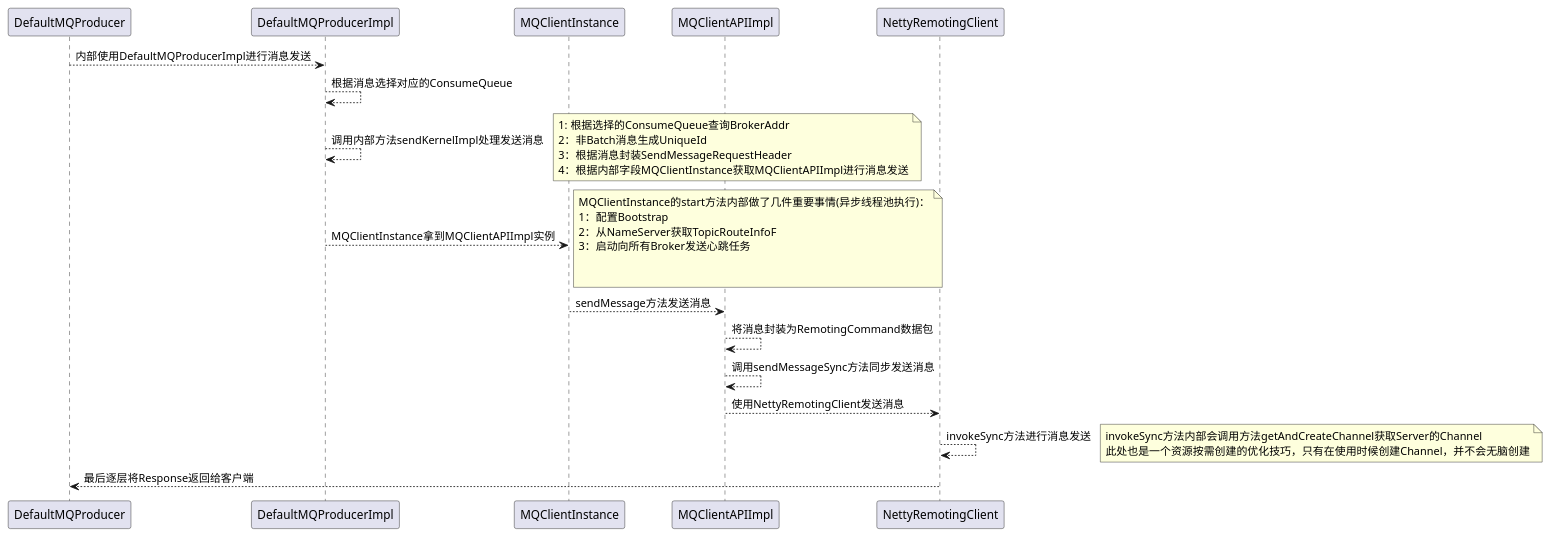
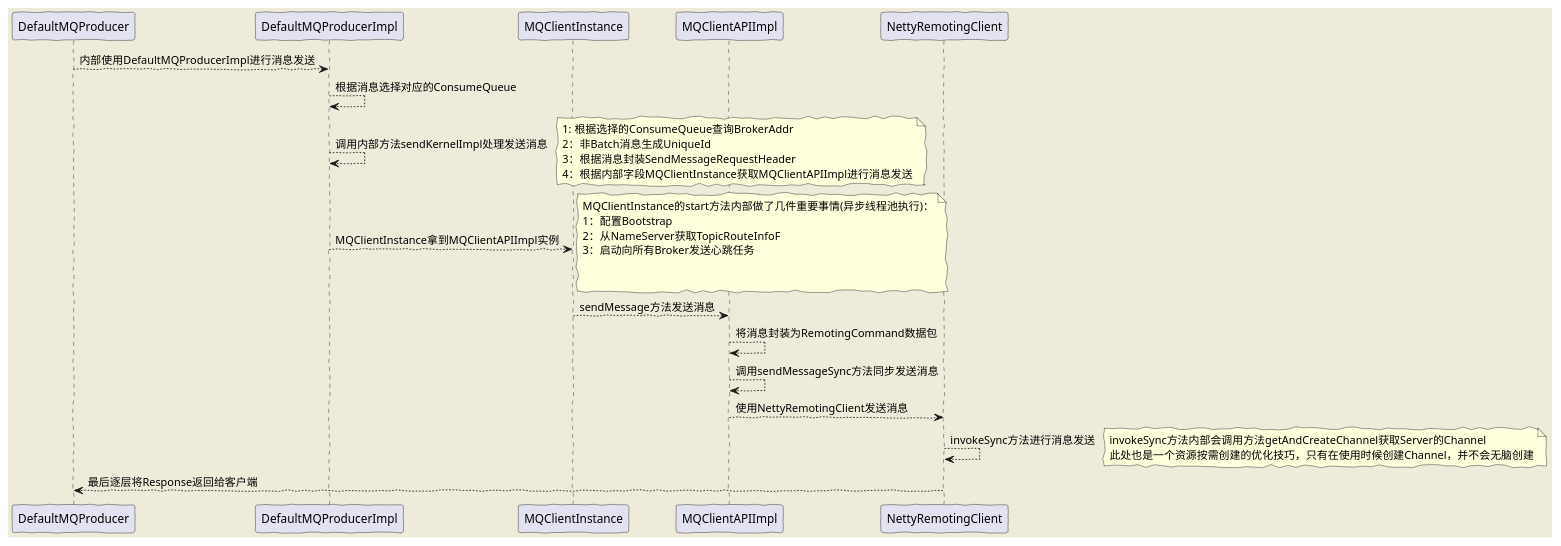
One commit to javartisan/rocketmq changed the second of 2 diagrams in client/uml/producer/producer.puml. Above: the diagram before and after it, drawn with PlantUML. The commit also changed other lines of this file, not shown here.

Commit message:
add code

```diff
--- a/client/uml/producer/producer.puml
+++ b/client/uml/producer/producer.puml
@@ -30,34 +31,39 @@
 @startuml
 ' Producer发送消息的流程图
+
+skinparam backgroundColor #EEEBDA
+skinparam handwritten true
+
+
 DefaultMQProducer --> DefaultMQProducerImpl : 内部使用DefaultMQProducerImpl进行消息发送
 DefaultMQProducerImpl -->  DefaultMQProducerImpl : 根据消息选择对应的ConsumeQueue
 
 DefaultMQProducerImpl -->  DefaultMQProducerImpl : 调用内部方法sendKernelImpl处理发送消息
 note right
 1: 根据选择的ConsumeQueue查询BrokerAddr
 2：非Batch消息生成UniqueId
 3：根据消息封装SendMessageRequestHeader
 4：根据内部字段MQClientInstance获取MQClientAPIImpl进行消息发送
 end note
 DefaultMQProducerImpl --> MQClientInstance : MQClientInstance拿到MQClientAPIImpl实例
 note right
 MQClientInstance的start方法内部做了几件重要事情(异步线程池执行)：
 1：配置Bootstrap
 2：从NameServer获取TopicRouteInfoF
 3：启动向所有Broker发送心跳任务
 
 
 end note
 MQClientInstance --> MQClientAPIImpl : sendMessage方法发送消息
 MQClientAPIImpl --> MQClientAPIImpl : 将消息封装为RemotingCommand数据包
 MQClientAPIImpl --> MQClientAPIImpl : 调用sendMessageSync方法同步发送消息
 MQClientAPIImpl --> NettyRemotingClient : 使用NettyRemotingClient发送消息
 NettyRemotingClient --> NettyRemotingClient : invokeSync方法进行消息发送
 note right
  invokeSync方法内部会调用方法getAndCreateChannel获取Server的Channel
  此处也是一个资源按需创建的优化技巧，只有在使用时候创建Channel，并不会无脑创建
 end note
 
 NettyRemotingClient --> DefaultMQProducer : 最后逐层将Response返回给客户端
 
 @enduml
```
